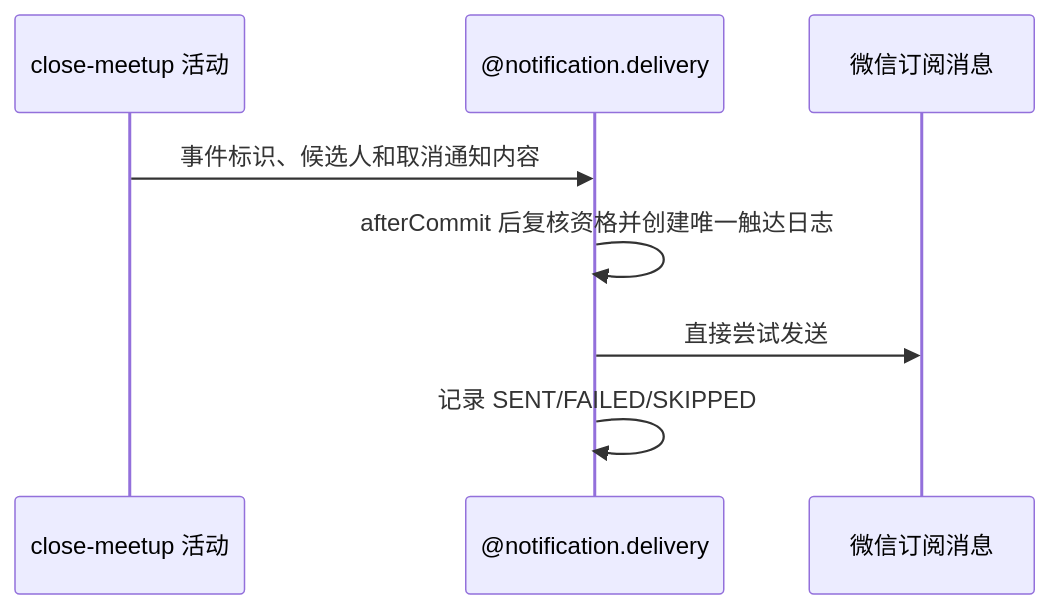
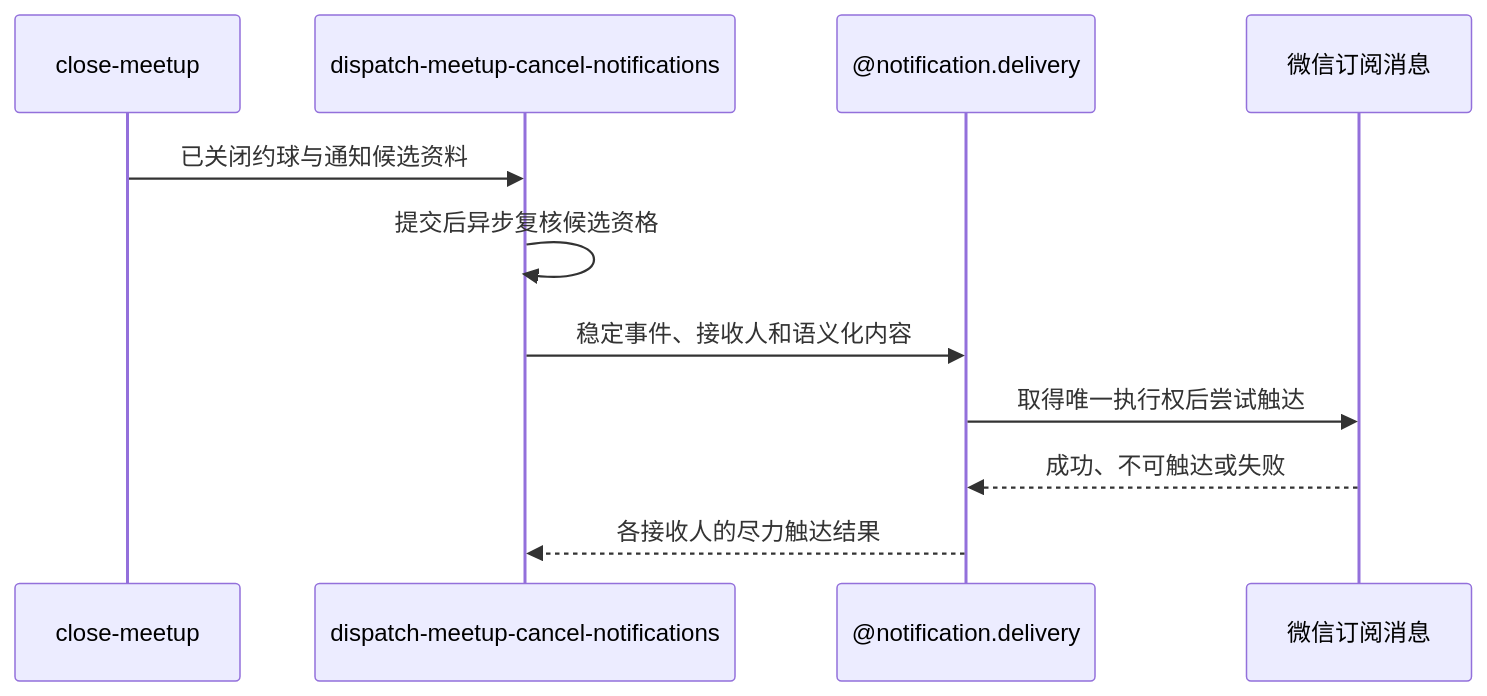
One commit to chxt100016/Rally changed the diagram in blueprint/spec/meetup/meetup-close/dispatch-meetup-cancel-notifications/activity.md. Above: the diagram before and after it, drawn with Mermaid. The commit also changed other lines of this file and 871 other files, not shown here.

````diff
--- a/blueprint/spec/meetup/meetup-close/dispatch-meetup-cancel-notifications/activity.md
+++ b/blueprint/spec/meetup/meetup-close/dispatch-meetup-cancel-notifications/activity.md
@@ -14,10 +14,13 @@
 ```mermaid
 sequenceDiagram
-    participant C as close-meetup 活动
+    participant C as close-meetup
+    participant D as dispatch-meetup-cancel-notifications
     participant N as @notification.delivery
     participant W as 微信订阅消息
-    C->>N: 事件标识、候选人和取消通知内容
-    N->>N: afterCommit 后复核资格并创建唯一触达日志
-    N->>W: 直接尝试发送
-    N->>N: 记录 SENT/FAILED/SKIPPED
+    C->>D: 已关闭约球与通知候选资料
+    D->>D: 提交后异步复核候选资格
+    D->>N: 稳定事件、接收人和语义化内容
+    N->>W: 取得唯一执行权后尝试触达
+    W-->>N: 成功、不可触达或失败
+    N-->>D: 各接收人的尽力触达结果
 ```
````
